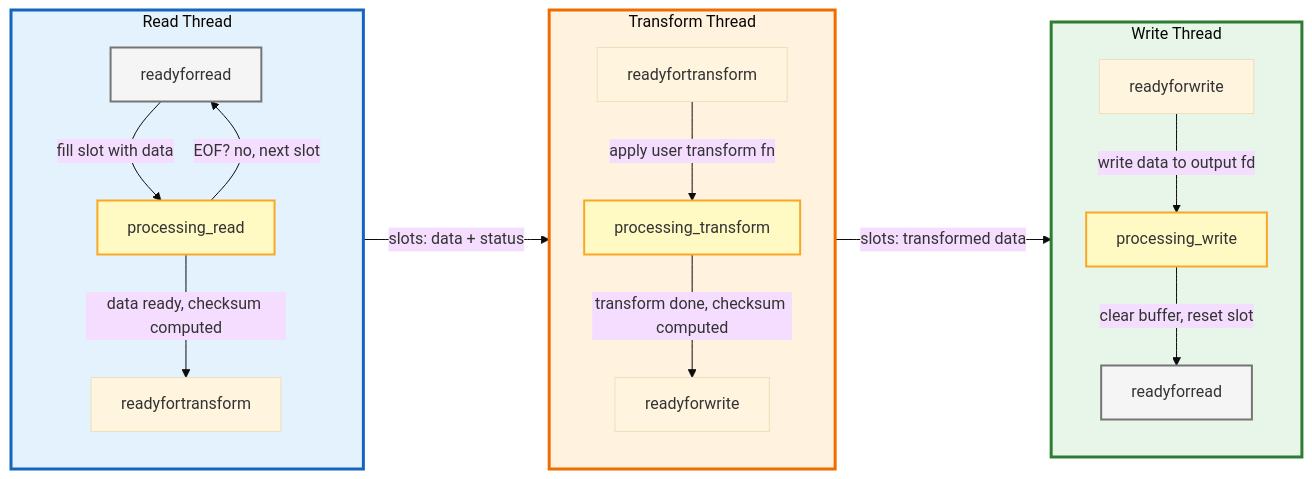
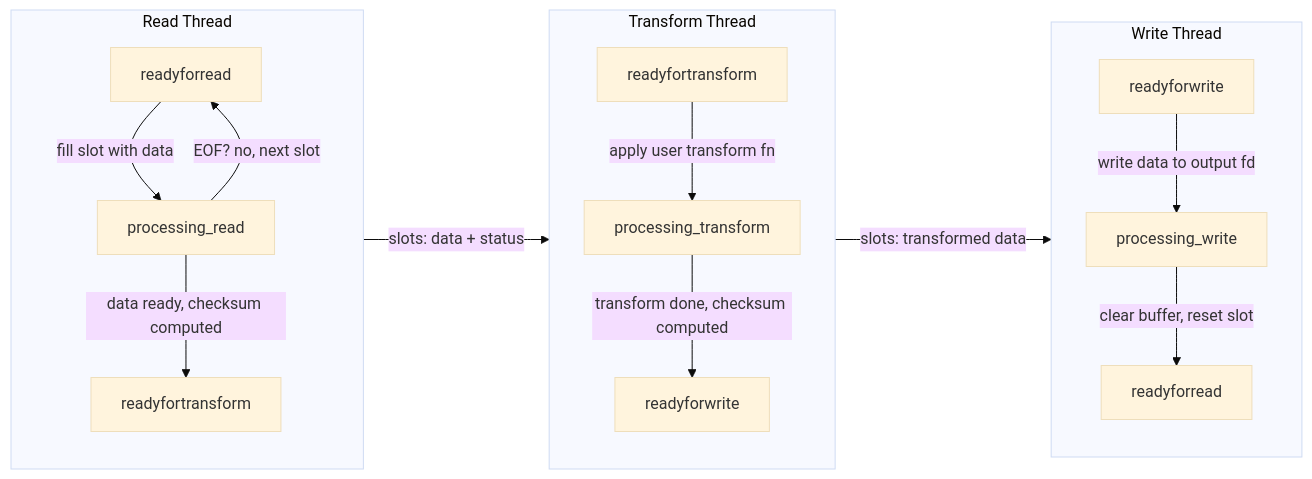
Before and after one commit to ebruno/codesamples: the first of 4 diagrams in ringbuffer/README.md, drawn with Mermaid (base theme). The commit also changed other lines of this file and 2 other files, not shown here.

Commit message:
updated mermaid graphs

````diff
--- a/ringbuffer/README.md
+++ b/ringbuffer/README.md
@@ -361,32 +361,22 @@
 ```mermaid
 flowchart LR
     subgraph ReadThread ["Read Thread"]
         R1[readyforread] -->|fill slot with data| R2[processing_read]
         R2 -->|EOF? no, next slot| R1
         R2 -->|data ready, checksum computed| R3[readyfortransform]
     end
 
     subgraph TransformThread ["Transform Thread"]
         T1[readyfortransform] -->|apply user transform fn| T2[processing_transform]
         T2 -->|transform done, checksum computed| T3[readyforwrite]
     end
 
     subgraph WriteThread ["Write Thread"]
         W1[readyforwrite] -->|write data to output fd| W2[processing_write]
         W2 -->|clear buffer, reset slot| W3[readyforread]
     end
 
     ReadThread -->|slots: data + status| TransformThread
     TransformThread -->|slots: transformed data| WriteThread
 
-    classDef read fill:#e3f2fd,stroke:#1565c0,stroke-width:3px
-    classDef transform fill:#fff3e0,stroke:#ef6c00,stroke-width:3px
-    classDef write fill:#e8f5e9,stroke:#2e7d32,stroke-width:3px
-    classDef idle fill:#f5f5f5,stroke:#757575,stroke-width:2px
-    classDef active fill:#fff9c4,stroke:#f9a825,stroke-width:2px
-    class R1,W3 idle
-    class R2,T2,W2 active
-    class ReadThread read
-    class TransformThread transform
-    class WriteThread write
 ```
````
